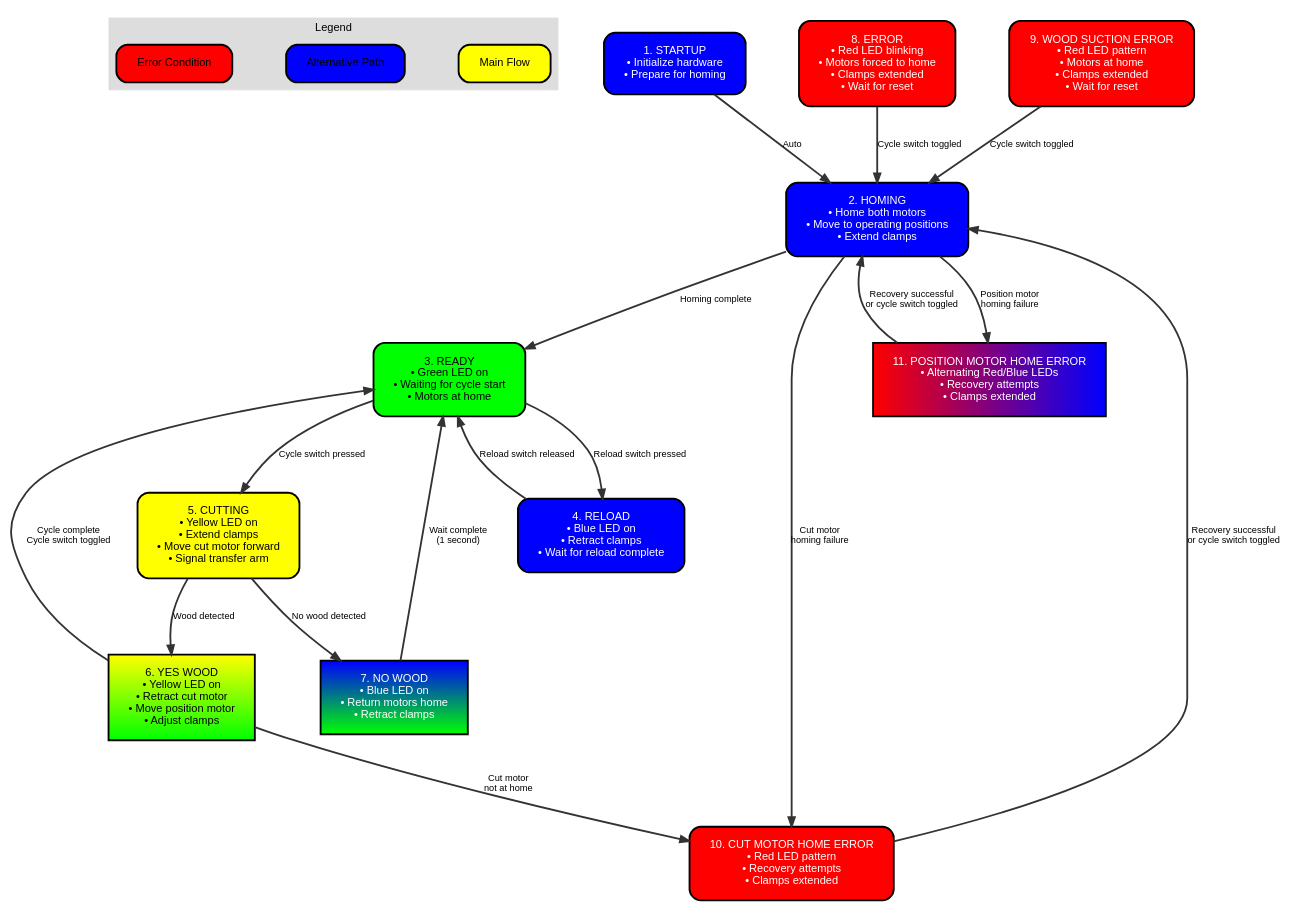
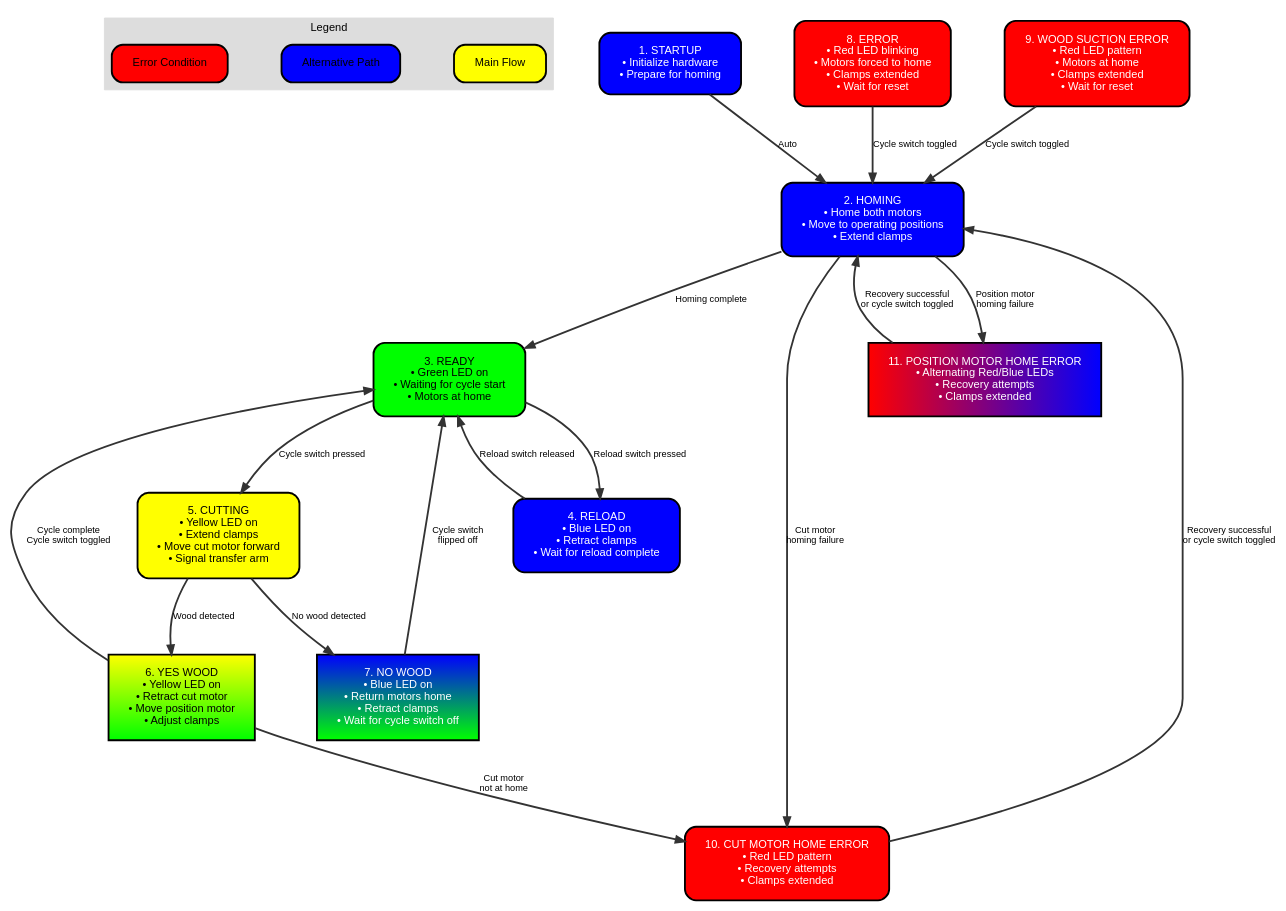
One commit to akivaweil/Stage-1-Mar25 changed the diagram in flowcharts/cutting_machine_flowchart.dot. Above: the diagram before and after it, drawn with Graphviz. The commit also changed 2 other files, not shown here.

Commit message:
Updated NO WOOD state to transition to READY only when cycle switch is flipped off

```diff
--- a/flowcharts/cutting_machine_flowchart.dot
+++ b/flowcharts/cutting_machine_flowchart.dot
@@ -1,44 +1,45 @@
 digraph StateMachine { graph [rankdir=TB, fontname="Arial", splines=true, nodesep=0.8, ranksep=1.0]; node [shape=rect, style=rounded, fontname="Arial", fontsize=12, style="filled,rounded", margin="0.3,0.2", penwidth=2.0]; edge [fontname="Arial", fontsize=10, color="#333333", penwidth=2.0]; subgraph cluster_legend { label="Legend"; style=filled; color="#DDDDDD"; fontname="Arial"; fontsize=12; legend_main [label="Main Flow", fillcolor="#FFFF00", style="filled,rounded"]; legend_alt [label="Alternative Path", fillcolor="#0000FF", style="filled,rounded"]; legend_error [label="Error Condition", fillcolor="#FF0000", style="filled,rounded"]; } START [label="1. STARTUP
 • Initialize hardware
 • Prepare for homing", fillcolor="#0000FF", fontcolor="white"]; HOMING [label="2. HOMING
 • Home both motors
 • Move to operating positions
 • Extend clamps", fillcolor="#0000FF", fontcolor="white"]; READY [label="3. READY
 • Green LED on
 • Waiting for cycle start
 • Motors at home", fillcolor="#00FF00"]; RELOAD [label="4. RELOAD
 • Blue LED on
 • Retract clamps
 • Wait for reload complete", fillcolor="#0000FF", fontcolor="white"]; CUTTING [label="5. CUTTING
 • Yellow LED on
 • Extend clamps
 • Move cut motor forward
 • Signal transfer arm", fillcolor="#FFFF00"]; YESWOOD [label="6. YES WOOD
 • Yellow LED on
 • Retract cut motor
 • Move position motor
 • Adjust clamps", style="filled", fillcolor="#FFFF00:#00FF00", gradientangle=270]; NOWOOD [label="7. NO WOOD
 • Blue LED on
 • Return motors home
-• Retract clamps", style="filled", fillcolor="#0000FF:#00FF00", fontcolor="white", gradientangle=270]; ERROR [label="8. ERROR
+• Retract clamps
+• Wait for cycle switch off", style="filled", fillcolor="#0000FF:#00FF00", fontcolor="white", gradientangle=270]; ERROR [label="8. ERROR
 • Red LED blinking
 • Motors forced to home
 • Clamps extended
 • Wait for reset", fillcolor="#FF0000", fontcolor="white"]; WOOD_SUCTION_ERROR [label="9. WOOD SUCTION ERROR
 • Red LED pattern
 • Motors at home
 • Clamps extended
 • Wait for reset", fillcolor="#FF0000", fontcolor="white"]; CUT_MOTOR_HOME_ERROR [label="10. CUT MOTOR HOME ERROR
 • Red LED pattern
 • Recovery attempts
 • Clamps extended", fillcolor="#FF0000", fontcolor="white"]; POSITION_MOTOR_HOME_ERROR [label="11. POSITION MOTOR HOME ERROR
 • Alternating Red/Blue LEDs
 • Recovery attempts
 • Clamps extended", style="filled", fillcolor="#FF0000:#0000FF", fontcolor="white", gradientangle=0]; START -> HOMING [label="Auto"]; HOMING -> READY [label="Homing complete"]; HOMING -> CUT_MOTOR_HOME_ERROR [label="Cut motor
 homing failure"]; HOMING -> POSITION_MOTOR_HOME_ERROR [label="Position motor
 homing failure"]; READY -> CUTTING [label="Cycle switch pressed"]; READY -> RELOAD [label="Reload switch pressed"]; RELOAD -> READY [label="Reload switch released"]; CUTTING -> YESWOOD [label="Wood detected"]; CUTTING -> NOWOOD [label="No wood detected"]; YESWOOD -> READY [label="Cycle complete
 Cycle switch toggled"]; YESWOOD -> CUT_MOTOR_HOME_ERROR [label="Cut motor
-not at home"]; NOWOOD -> READY [label="Wait complete
-(1 second)"]; WOOD_SUCTION_ERROR -> HOMING [label="Cycle switch toggled"]; CUT_MOTOR_HOME_ERROR -> HOMING [label="Recovery successful
+not at home"]; NOWOOD -> READY [label="Cycle switch
+flipped off"]; WOOD_SUCTION_ERROR -> HOMING [label="Cycle switch toggled"]; CUT_MOTOR_HOME_ERROR -> HOMING [label="Recovery successful
 or cycle switch toggled"]; POSITION_MOTOR_HOME_ERROR -> HOMING [label="Recovery successful
 or cycle switch toggled"]; ERROR -> HOMING [label="Cycle switch toggled"]; }
```
